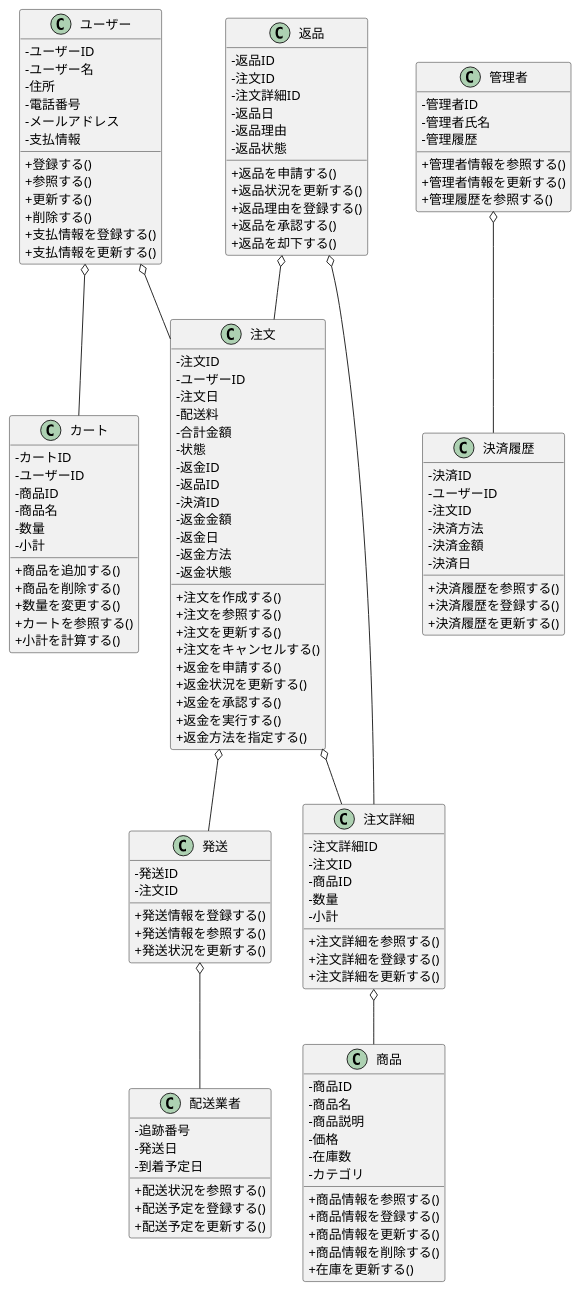
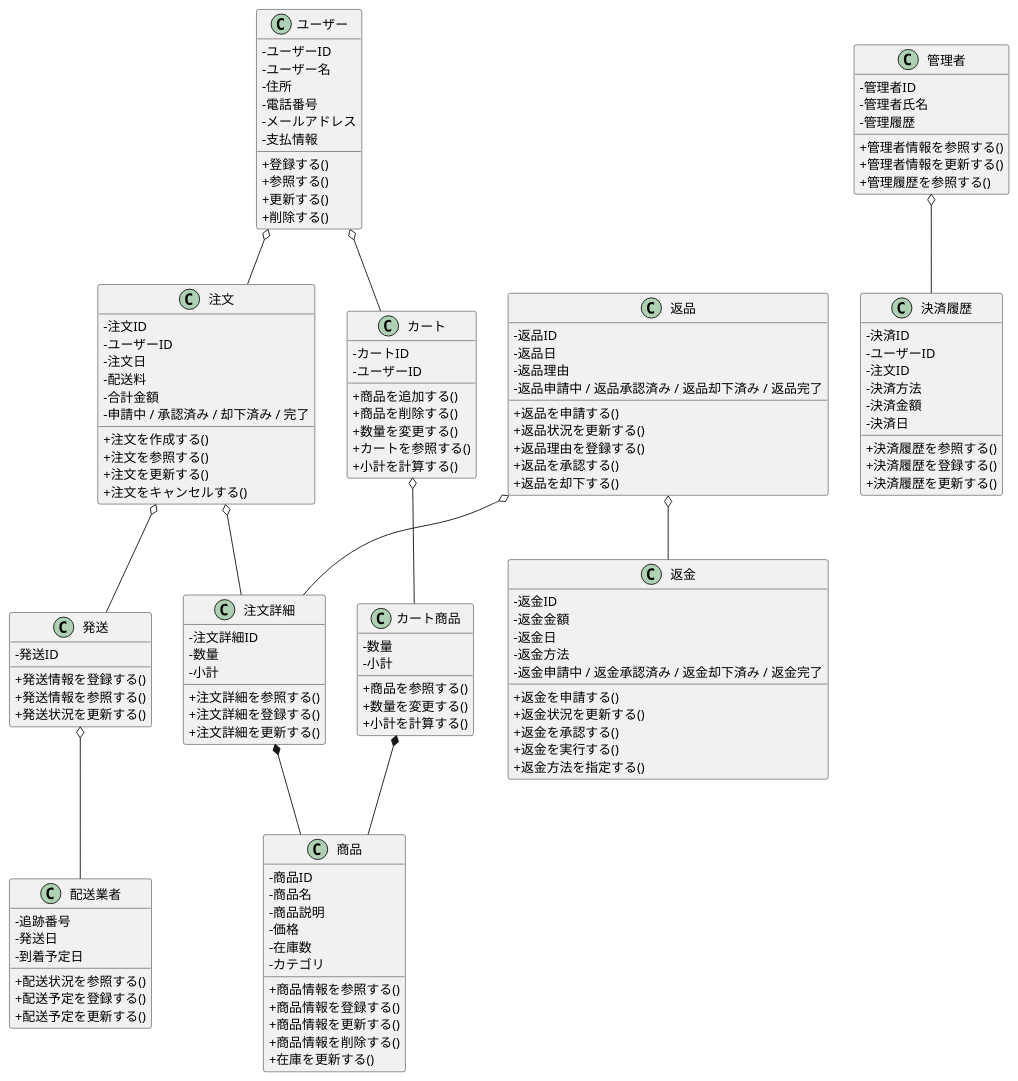
The diagram in group/BB（商品管理システム）/BB（商品管理システム）/class.pu (2459384Hayashi/ohara_uml), drawn with PlantUML before and after one commit. The commit also changed 9 other files, not shown here.

```diff
--- a/group/BB（商品管理システム）/BB（商品管理システム）/class.pu
+++ b/group/BB（商品管理システム）/BB（商品管理システム）/class.pu
@@ -1,158 +1,161 @@
-@startuml 商品管理システムクラス図
+@startuml 商品管理システムクラス図（状態文字列版）
 skinparam classAttributeIconSize 0
 skinparam componentStyle rectangle
 
 ' =====================
 ' 販売システム
 ' =====================
 class ユーザー {
     - ユーザーID
     - ユーザー名
     - 住所
     - 電話番号
     - メールアドレス
     - 支払情報
     + 登録する()
     + 参照する()
     + 更新する()
     + 削除する()
-    + 支払情報を登録する()
-    + 支払情報を更新する()
 }
 
 class カート {
     - カートID
     - ユーザーID
-    - 商品ID
-    - 商品名
-    - 数量
-    - 小計
     + 商品を追加する()
     + 商品を削除する()
     + 数量を変更する()
     + カートを参照する()
+    + 小計を計算する()
+}
+
+class カート商品 {
+    - 数量
+    - 小計
+    + 商品を参照する()
+    + 数量を変更する()
     + 小計を計算する()
 }
 
 ' =====================
 ' 管理システム
 ' =====================
 class 管理者 {
     - 管理者ID
     - 管理者氏名
     - 管理履歴
     + 管理者情報を参照する()
     + 管理者情報を更新する()
     + 管理履歴を参照する()
 }
 
 class 決済履歴 {
     - 決済ID
     - ユーザーID
     - 注文ID
     - 決済方法
     - 決済金額
     - 決済日
     + 決済履歴を参照する()
     + 決済履歴を登録する()
     + 決済履歴を更新する()
 }
 
 ' =====================
 ' 共通システム
 ' =====================
 class 商品 {
     - 商品ID
     - 商品名
     - 商品説明
     - 価格
     - 在庫数
     - カテゴリ
     + 商品情報を参照する()
     + 商品情報を登録する()
     + 商品情報を更新する()
     + 商品情報を削除する()
     + 在庫を更新する()
 }
 
 class 注文 {
     - 注文ID
     - ユーザーID
     - 注文日
     - 配送料
     - 合計金額
-    - 状態
-    - 返金ID
-    - 返品ID
-    - 決済ID
-    - 返金金額
-    - 返金日
-    - 返金方法
-    - 返金状態
+    - 申請中 / 承認済み / 却下済み / 完了
     + 注文を作成する()
     + 注文を参照する()
     + 注文を更新する()
     + 注文をキャンセルする()
-    + 返金を申請する()
-    + 返金状況を更新する()
-    + 返金を承認する()
-    + 返金を実行する()
-    + 返金方法を指定する()
 }
 
 class 注文詳細 {
     - 注文詳細ID
-    - 注文ID
-    - 商品ID
     - 数量
     - 小計
     + 注文詳細を参照する()
     + 注文詳細を登録する()
     + 注文詳細を更新する()
 }
 
 class 発送 {
     - 発送ID
-    - 注文ID
     + 発送情報を登録する()
     + 発送情報を参照する()
     + 発送状況を更新する()
 }
 
 class 配送業者 {
     - 追跡番号
     - 発送日
     - 到着予定日
     + 配送状況を参照する()
     + 配送予定を登録する()
     + 配送予定を更新する()
 }
 
 class 返品 {
     - 返品ID
-    - 注文ID
-    - 注文詳細ID
     - 返品日
     - 返品理由
-    - 返品状態
+    - 返品申請中 / 返品承認済み / 返品却下済み / 返品完了
     + 返品を申請する()
     + 返品状況を更新する()
     + 返品理由を登録する()
     + 返品を承認する()
     + 返品を却下する()
 }
 
+class 返金 {
+    - 返金ID
+    - 返金金額
+    - 返金日
+    - 返金方法
+    - 返金申請中 / 返金承認済み / 返金却下済み / 返金完了
+    + 返金を申請する()
+    + 返金状況を更新する()
+    + 返金を承認する()
+    + 返金を実行する()
+    + 返金方法を指定する()
+}
+
 ' =====================
 ' 関係性
 ' =====================
 ユーザー o-- カート
+カート o-- カート商品
+カート商品 *-- 商品
+
 ユーザー o-- 注文
 注文 o-- 注文詳細
 注文 o-- 発送
-注文詳細 o-- 商品
+注文詳細 *-- 商品
 発送 o-- 配送業者
-返品 o-- 注文
+
 返品 o-- 注文詳細
+返品 o-- 返金
+
 管理者 o-- 決済履歴
 
 @enduml
```
